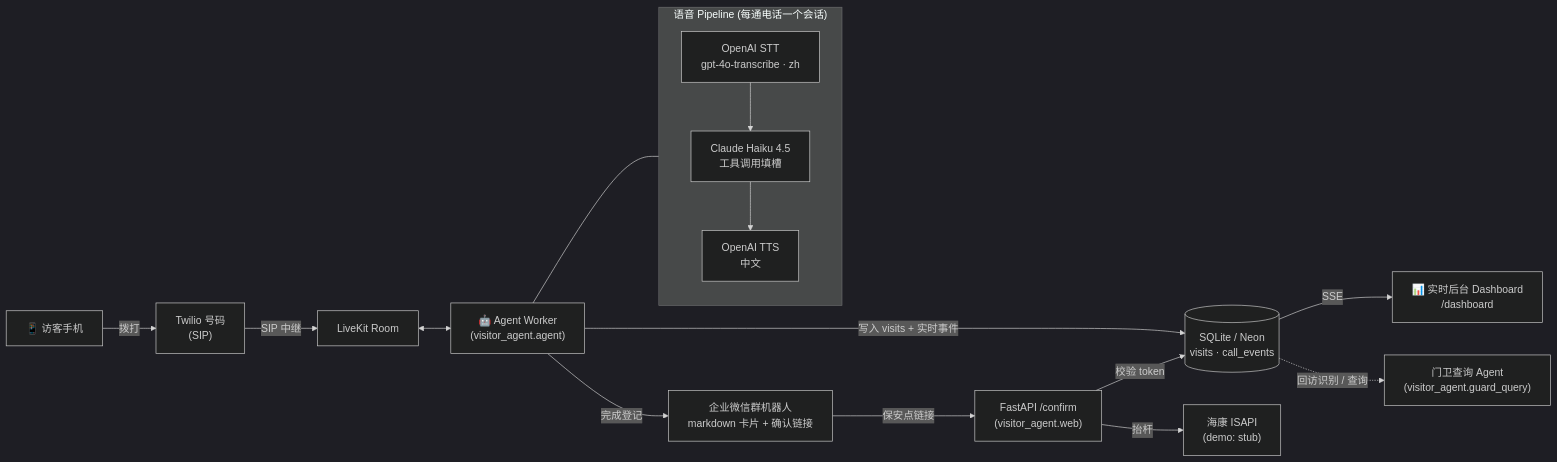
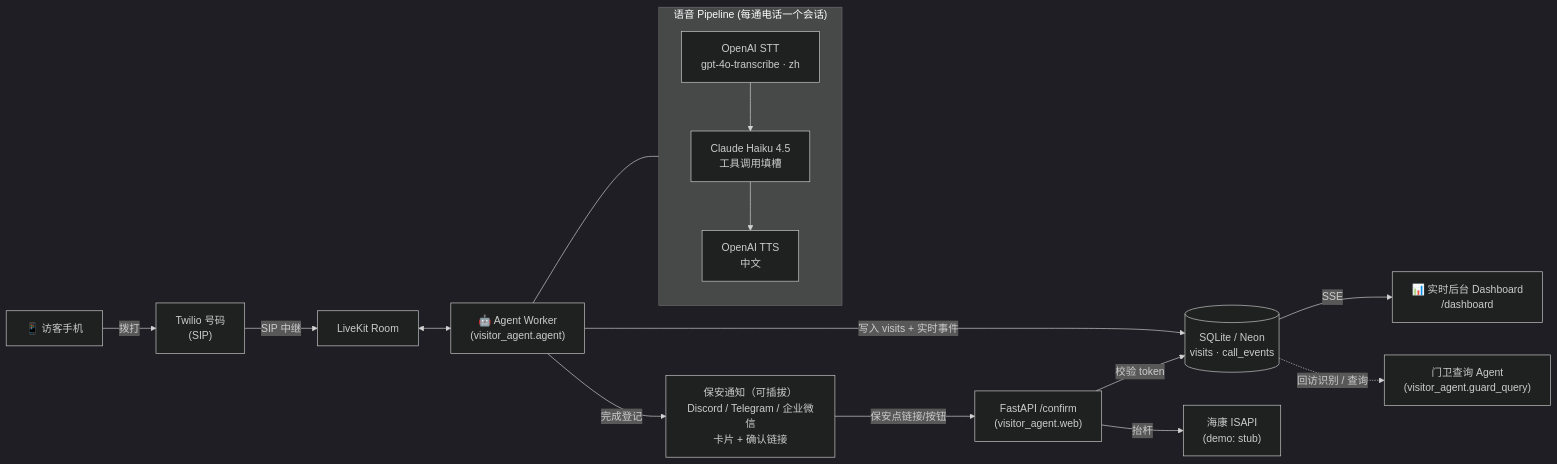
The diagram in README.md (WeijieCao77/jingyu-task), drawn with Mermaid (dark theme) before and after one commit. The commit also changed other lines of this file and 16 other files, not shown here.

First line of the commit message:
feat: pluggable guard channels (Discord/Telegram/WeCom) + browser voice + QR

````diff
--- a/README.md
+++ b/README.md
@@ -10,20 +10,20 @@
 ```mermaid
 flowchart LR
     Caller["📱 访客手机"] -->|拨打| Twilio["Twilio 号码<br/>(SIP)"]
     Twilio -->|SIP 中继| LK["LiveKit Room"]
     LK <--> Worker["🤖 Agent Worker<br/>(visitor_agent.agent)"]
 
     subgraph Pipeline["语音 Pipeline (每通电话一个会话)"]
       STT["OpenAI STT<br/>gpt-4o-transcribe · zh"] --> LLM["Claude Haiku 4.5<br/>工具调用填槽"] --> TTS["OpenAI TTS<br/>中文"]
     end
     Worker --- Pipeline
 
-    Worker -->|完成登记| WeCom["企业微信群机器人<br/>markdown 卡片 + 确认链接"]
+    Worker -->|完成登记| Notify["保安通知（可插拔）<br/>Discord / Telegram / 企业微信<br/>卡片 + 确认链接"]
     Worker -->|写入 visits + 实时事件| DB[("SQLite / Neon<br/>visits · call_events")]
     DB -->|SSE| Dash["📊 实时后台 Dashboard<br/>/dashboard"]
-    WeCom -->|保安点链接| Web["FastAPI /confirm<br/>(visitor_agent.web)"]
+    Notify -->|保安点链接/按钮| Web["FastAPI /confirm<br/>(visitor_agent.web)"]
     Web -->|校验 token| DB
     Web -->|抬杆| Gate["海康 ISAPI<br/>(demo: stub)"]
 
     DB -.->|回访识别 / 查询| GQ["门卫查询 Agent<br/>(visitor_agent.guard_query)"]
 ```
````
